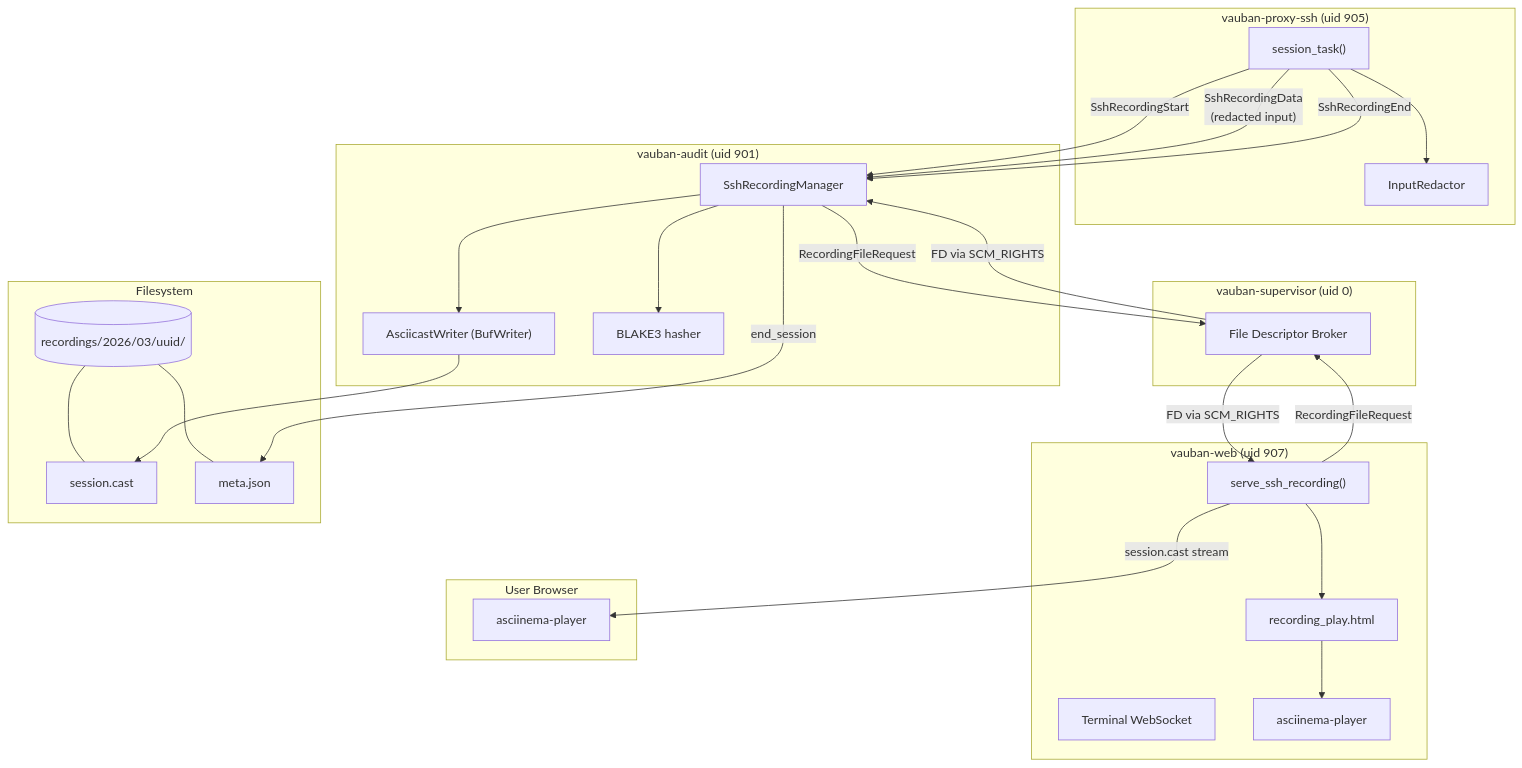
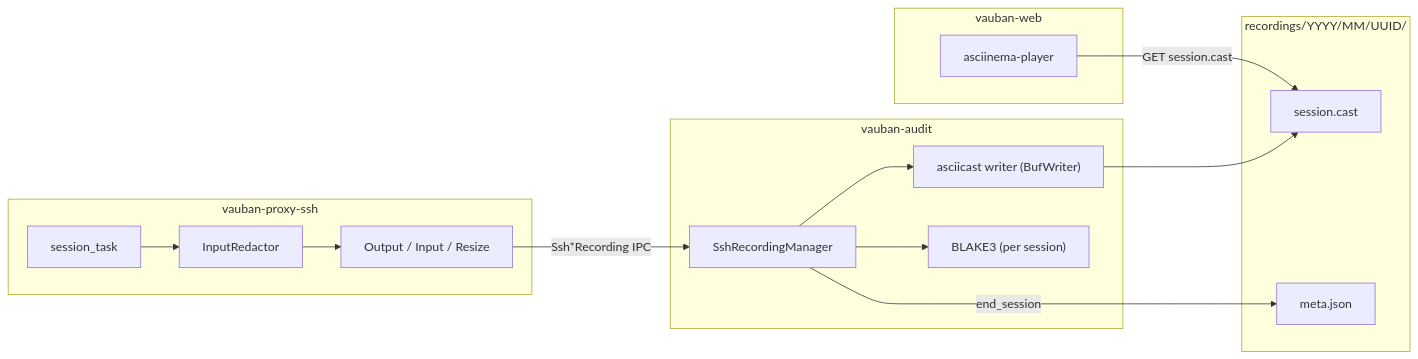
The second of 9 diagrams in docs/technical/Vauban_Recording_Architecture_EN(1.5).md (rbenaley/Vauban), drawn with Mermaid before and after one commit. The commit also changed other lines of this file, not shown here.

Commit message:
docs(recording): rewrite v1.5 as a tighter architecture-focused reference Move the changelog to an appendix and drop historical / operational noise.

````diff
--- a/docs/technical/Vauban_Recording_Architecture_EN(1.5).md
+++ b/docs/technical/Vauban_Recording_Architecture_EN(1.5).md
@@ -407,52 +119,23 @@
 ```mermaid
-flowchart TB
-    subgraph proxy_ssh ["vauban-proxy-ssh (uid 905)"]
-        ST["session_task()"]
-        IR["InputRedactor"]
-        ST --> IR
+flowchart LR
+    subgraph proxy_ssh["vauban-proxy-ssh"]
+        PTY["session_task"] --> RED["InputRedactor"]
+        RED --> EVT["Output / Input / Resize"]
+    end
+    subgraph audit["vauban-audit"]
+        SRM["SshRecordingManager"] --> ACW["asciicast writer (BufWriter)"]
+        SRM --> B3["BLAKE3 (per session)"]
+    end
+    subgraph fs["recordings/YYYY/MM/UUID/"]
+        CAST["session.cast"]
+        META["meta.json"]
+    end
+    subgraph web["vauban-web"]
+        AP["asciinema-player"]
     end
 
-    subgraph web_ssh ["vauban-web (uid 907)"]
-        TWS["Terminal WebSocket"]
-        PH["serve_ssh_recording()"]
-        TP["recording_play.html"]
-        AP["asciinema-player"]
-        PH --> TP
-        TP --> AP
-    end
-
-    subgraph audit_ssh ["vauban-audit (uid 901)"]
-        SRM["SshRecordingManager"]
-        ACW["AsciicastWriter (BufWriter)"]
-        B3S["BLAKE3 hasher"]
-        SRM --> ACW
-        SRM --> B3S
-    end
-
-    subgraph supervisor_ssh ["vauban-supervisor (uid 0)"]
-        FDB["File Descriptor Broker"]
-    end
-
-    subgraph storage_ssh ["Filesystem"]
-        DIR2[("recordings/2026/03/uuid/")]
-        CAST["session.cast"]
-        META2["meta.json"]
-        DIR2 --- CAST
-        DIR2 --- META2
-    end
-
-    subgraph browser_ssh ["User Browser"]
-        ASCI["asciinema-player"]
-    end
-
-    ST -->|"SshRecordingStart"| SRM
-    ST -->|"SshRecordingData<br/>(redacted input)"| SRM
-    ST -->|"SshRecordingEnd"| SRM
-    SRM -->|"RecordingFileRequest"| FDB
-    FDB -->|"FD via SCM_RIGHTS"| SRM
-    PH -->|"RecordingFileRequest"| FDB
-    FDB -->|"FD via SCM_RIGHTS"| PH
+    EVT -->|"Ssh*Recording IPC"| SRM
     ACW --> CAST
-    SRM -->|"end_session"| META2
-    PH -->|"session.cast stream"| ASCI
+    SRM -->|"end_session"| META
+    AP -->|"GET session.cast"| CAST
 ```
````
